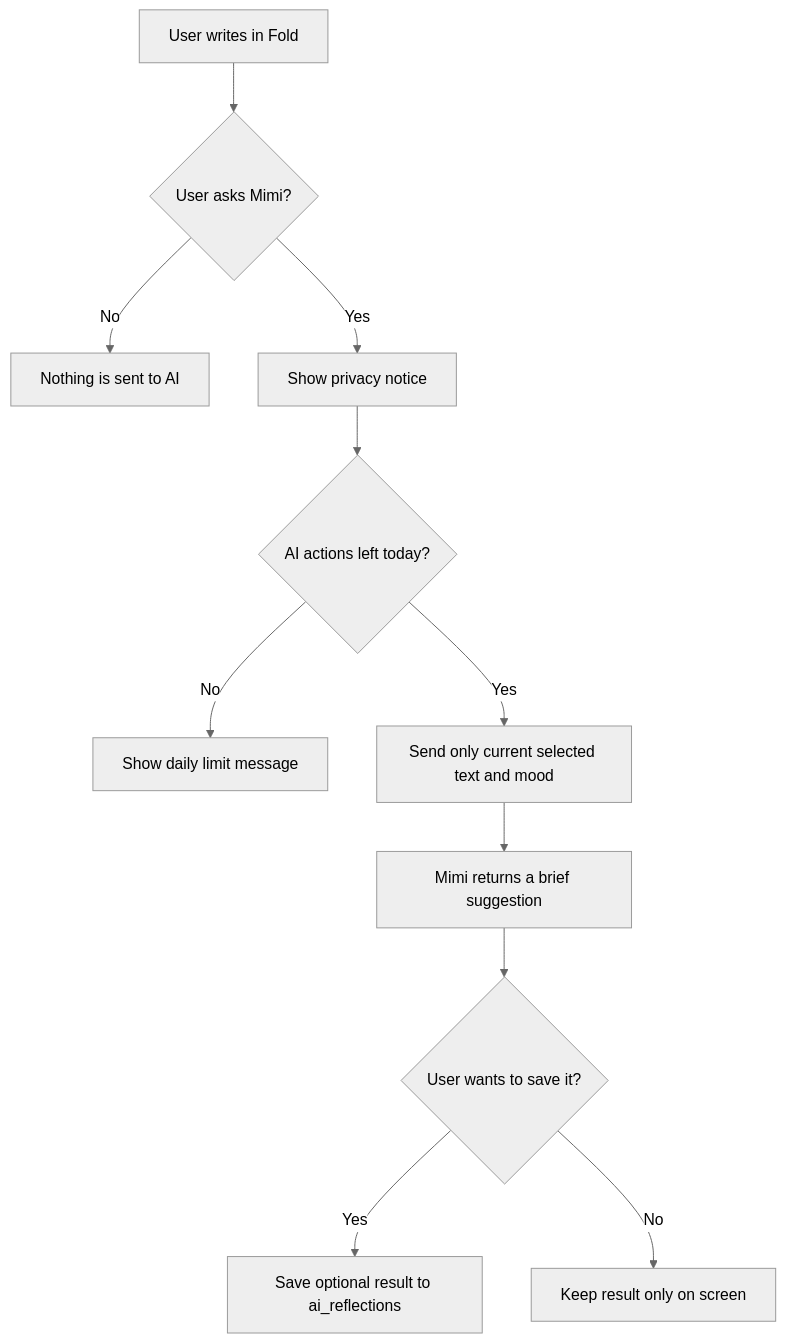
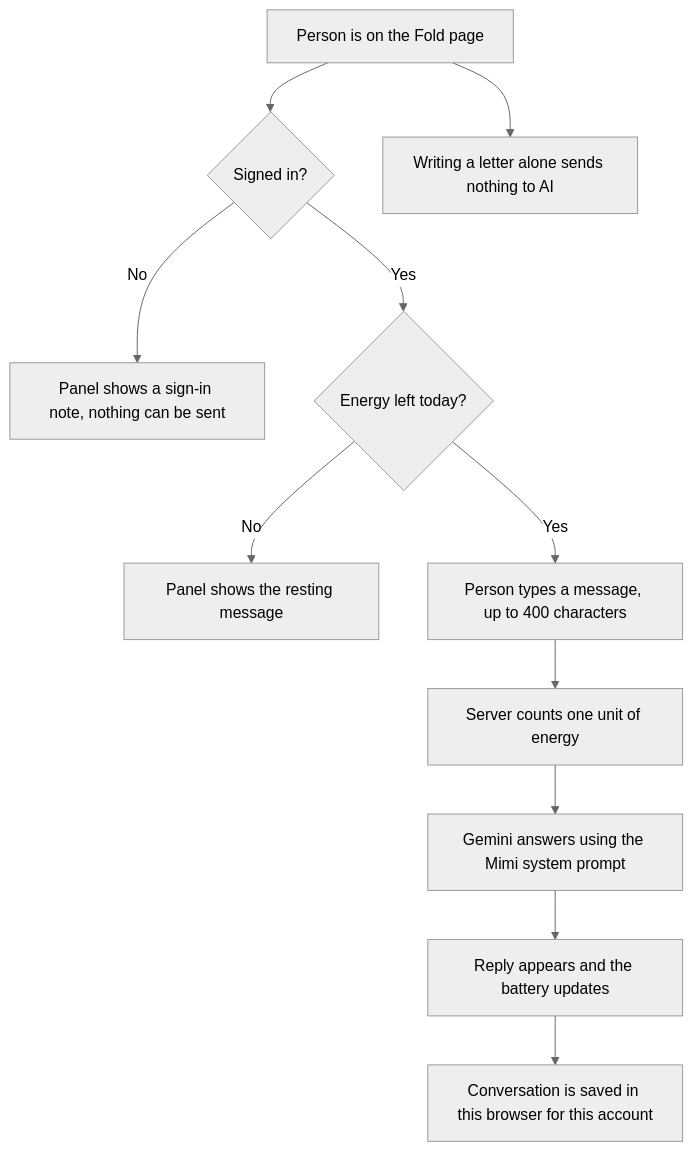
The diagram in docs/5_MIMI_AI_COMPANION.md (michandhercode/windup), drawn with Mermaid (neutral theme) before and after one commit. The commit also changed other lines of this file and 6 other files, not shown here.

````diff
--- a/docs/5_MIMI_AI_COMPANION.md
+++ b/docs/5_MIMI_AI_COMPANION.md
@@ -31,13 +56,13 @@
 ```mermaid
 flowchart TD
-    A[User writes in Fold] --> B{User asks Mimi?}
-    B -->|No| C[Nothing is sent to AI]
-    B -->|Yes| D[Show privacy notice]
-    D --> E{AI actions left today?}
-    E -->|No| F[Show daily limit message]
-    E -->|Yes| G[Send only current selected text and mood]
-    G --> H[Mimi returns a brief suggestion]
-    H --> I{User wants to save it?}
-    I -->|Yes| J[Save optional result to ai_reflections]
-    I -->|No| K[Keep result only on screen]
+    A["Person is on the Fold page"] --> B{"Signed in?"}
+    B -->|No| C["Panel shows a sign-in note, nothing can be sent"]
+    B -->|Yes| D{"Energy left today?"}
+    D -->|No| E["Panel shows the resting message"]
+    D -->|Yes| F["Person types a message, up to 400 characters"]
+    F --> G["Server counts one unit of energy"]
+    G --> H["Gemini answers using the Mimi system prompt"]
+    H --> I["Reply appears and the battery updates"]
+    I --> J["Conversation is saved in this browser for this account"]
+    A --> K["Writing a letter alone sends nothing to AI"]
 ```
````
